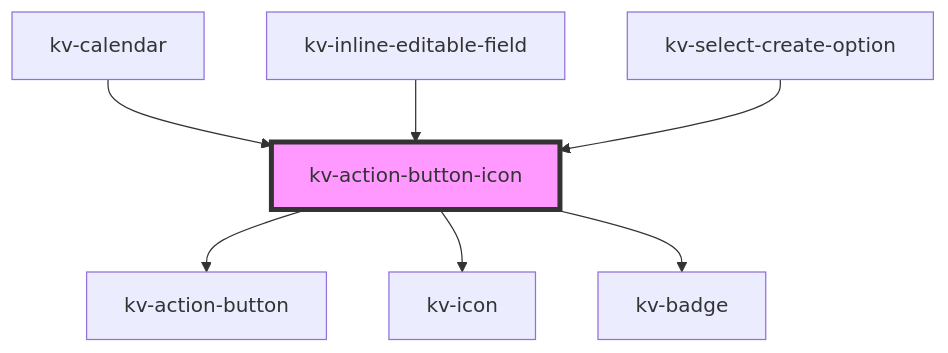
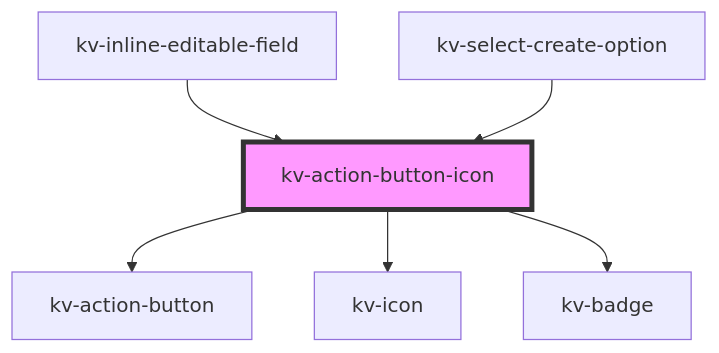
The diagram in packages/ui-components/src/components/action-button-icon/readme.md (kelvininc/ui-components), drawn with Mermaid before and after one commit. The commit also changed other lines of this file and 106 other files, not shown here.

````diff
--- a/packages/ui-components/src/components/action-button-icon/readme.md
+++ b/packages/ui-components/src/components/action-button-icon/readme.md
@@ -114,10 +113,9 @@
 ```mermaid
 graph TD;
   kv-action-button-icon --> kv-action-button
   kv-action-button-icon --> kv-icon
   kv-action-button-icon --> kv-badge
-  kv-calendar --> kv-action-button-icon
   kv-inline-editable-field --> kv-action-button-icon
   kv-select-create-option --> kv-action-button-icon
   style kv-action-button-icon fill:#f9f,stroke:#333,stroke-width:4px
 ```
````
